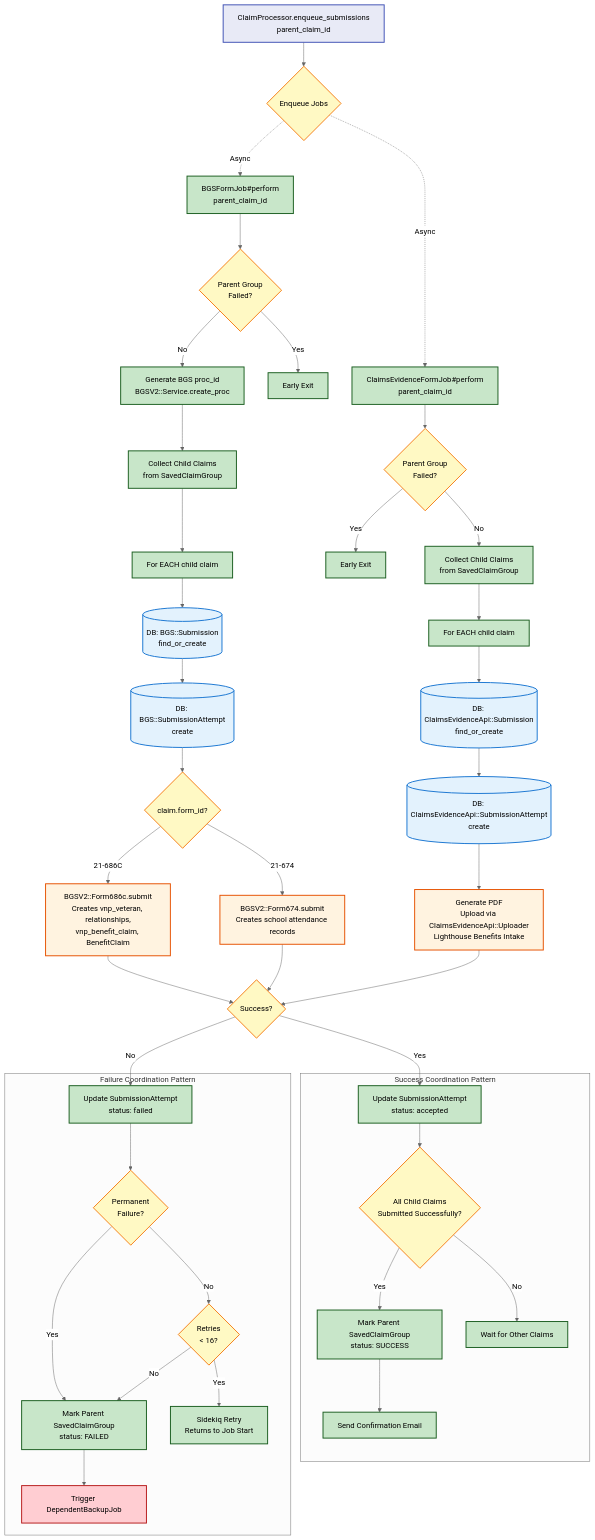
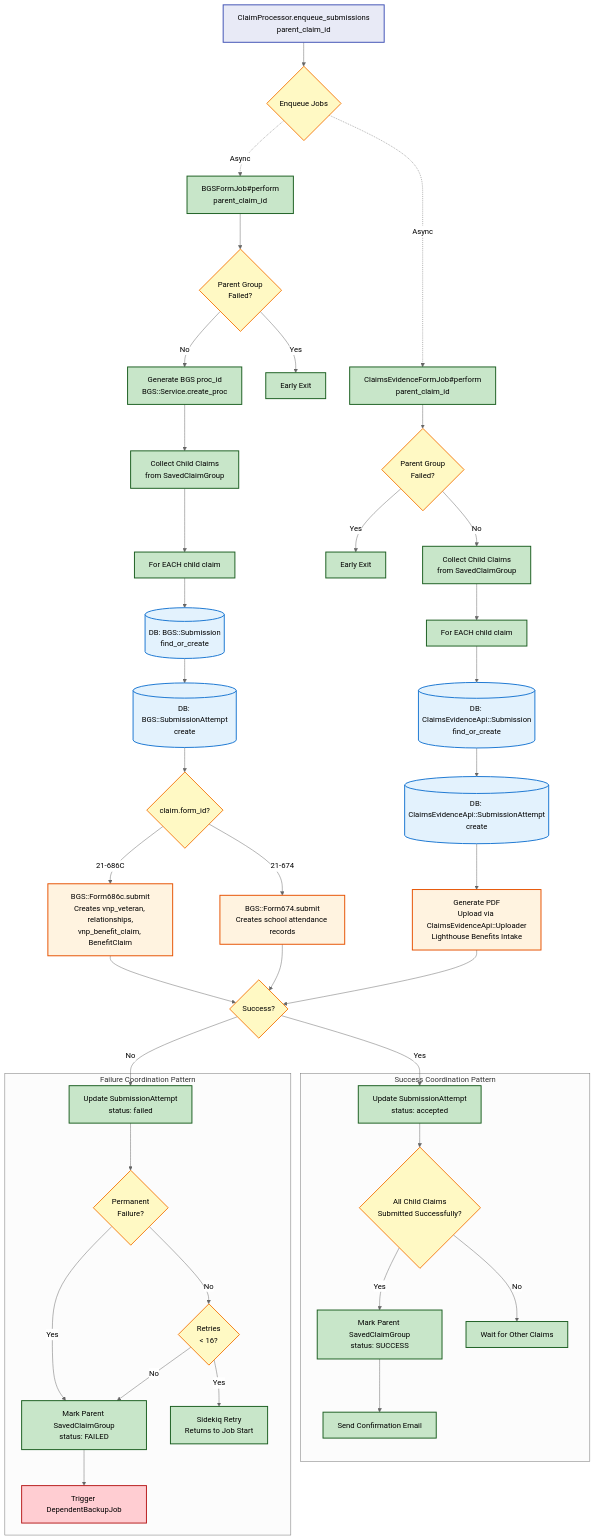
One commit to department-of-veterans-affairs/vets-api changed the diagram in modules/dependents_benefits/documentation/data_flow_diagrams/submission_jobs_flow.md. Above: the diagram before and after it, drawn with Mermaid (neutral theme). The commit also changed 88 other files, not shown here.

````diff
--- a/modules/dependents_benefits/documentation/data_flow_diagrams/submission_jobs_flow.md
+++ b/modules/dependents_benefits/documentation/data_flow_diagrams/submission_jobs_flow.md
@@ -7,74 +7,74 @@
 ```mermaid
 graph TD
     Start[ClaimProcessor.enqueue_submissions<br/>parent_claim_id] --> Split{Enqueue Jobs}
     
     Split -.Async.-> JobBGS[BGSFormJob#perform<br/>parent_claim_id]
     Split -.Async.-> JobClaims[ClaimsEvidenceFormJob#perform<br/>parent_claim_id]
     
     %% BGSFormJob Flow
     JobBGS --> CheckBGS{Parent Group<br/>Failed?}
     CheckBGS -->|Yes| SkipBGS[Early Exit]
-    CheckBGS -->|No| GenerateProcID[Generate BGS proc_id<br/>BGSV2::Service.create_proc]
+    CheckBGS -->|No| GenerateProcID[Generate BGS proc_id<br/>BGS::Service.create_proc]
     GenerateProcID --> CollectBGS[Collect Child Claims<br/>from SavedClaimGroup]
     CollectBGS --> LoopBGS[For EACH child claim]
     
     LoopBGS --> DBBGS1[(DB: BGS::Submission<br/>find_or_create)]
     DBBGS1 --> DBBGS2[(DB: BGS::SubmissionAttempt<br/>create)]
     DBBGS2 --> CheckFormType{claim.form_id?}
     
-    CheckFormType -->|21-686C| Submit686BGS[BGSV2::Form686c.submit<br/>Creates vnp_veteran, relationships,<br/>vnp_benefit_claim, BenefitClaim]
-    CheckFormType -->|21-674| Submit674BGS[BGSV2::Form674.submit<br/>Creates school attendance records]
+    CheckFormType -->|21-686C| Submit686BGS[BGS::Form686c.submit<br/>Creates vnp_veteran, relationships,<br/>vnp_benefit_claim, BenefitClaim]
+    CheckFormType -->|21-674| Submit674BGS[BGS::Form674.submit<br/>Creates school attendance records]
     
     Submit686BGS --> SuccessClaims{Success?}
     Submit674BGS --> SuccessClaims
     
     %% ClaimsEvidenceFormJob Flow
     JobClaims --> CheckClaims{Parent Group<br/>Failed?}
     CheckClaims -->|Yes| SkipClaims[Early Exit]
     CheckClaims -->|No| CollectClaims[Collect Child Claims<br/>from SavedClaimGroup]
     CollectClaims --> LoopClaims[For EACH child claim]
     
     LoopClaims --> DBClaims1[(DB: ClaimsEvidenceApi::Submission<br/>find_or_create)]
     DBClaims1 --> DBClaims2[(DB: ClaimsEvidenceApi::SubmissionAttempt<br/>create)]
     DBClaims2 --> SubmitClaims[Generate PDF<br/>Upload via ClaimsEvidenceApi::Uploader<br/>Lighthouse Benefits Intake]
     SubmitClaims --> SuccessClaims{Success?}
     
     %% Success Coordination for SubmissionJob
     subgraph SuccessFlow[Success Coordination Pattern]
         UpdateClaimsSuccess[Update SubmissionAttempt<br/>status: accepted]
         UpdateClaimsSuccess --> CheckSiblingsClaims{All Child Claims<br/>Submitted Successfully?}
         CheckSiblingsClaims -->|Yes| MarkGroupClaims[Mark Parent SavedClaimGroup<br/>status: SUCCESS]
         CheckSiblingsClaims -->|No| WaitClaims[Wait for Other Claims]
         MarkGroupClaims --> FinalClaims[Send Confirmation Email]
     end
     
     SuccessClaims -->|Yes| UpdateClaimsSuccess
     
     %% Failure Coordination for SubmissionJob
     subgraph FailureFlow[Failure Coordination Pattern]
         UpdateFailedClaims[Update SubmissionAttempt<br/>status: failed]
         UpdateFailedClaims --> PermFailureClaims{Permanent<br/>Failure?}
         PermFailureClaims -->|Yes| MarkFailedClaims[Mark Parent SavedClaimGroup<br/>status: FAILED]
         PermFailureClaims -->|No| RetryClaims{Retries<br/>< 16?}
         RetryClaims -->|Yes| RetryJobClaims[Sidekiq Retry<br/>Returns to Job Start]
         RetryClaims -->|No| MarkFailedClaims
         MarkFailedClaims --> BackupClaims[Trigger DependentBackupJob]
     end
     
     SuccessClaims -->|No| UpdateFailedClaims
     
     %% Styling
     classDef trigger fill:#e8eaf6,stroke:#3f51b5,stroke-width:2px
     classDef process fill:#c8e6c9,stroke:#1b5e20,stroke-width:2px
     classDef database fill:#e3f2fd,stroke:#1976d2,stroke-width:2px
     classDef service fill:#fff3e0,stroke:#e65100,stroke-width:2px
     classDef decision fill:#fff9c4,stroke:#f57f17,stroke-width:2px
     classDef failure fill:#ffcdd2,stroke:#b71c1c,stroke-width:2px
     
     class Start trigger
     class JobBGS,JobClaims,SkipBGS,SkipClaims,GenerateProcID,CollectBGS,CollectClaims,LoopBGS,LoopClaims,UpdateClaimsSuccess,UpdateFailedClaims,MarkFailedClaims,MarkGroupClaims,WaitClaims,FinalClaims,RetryJobClaims process
     class DBBGS1,DBBGS2,DBClaims1,DBClaims2 database
     class Submit686BGS,Submit674BGS,SubmitClaims service
     class Split,CheckBGS,CheckClaims,CheckFormType,SuccessClaims,RetryClaims,CheckSiblingsClaims,PermFailureClaims decision
     class BackupClaims failure
 ```
````
